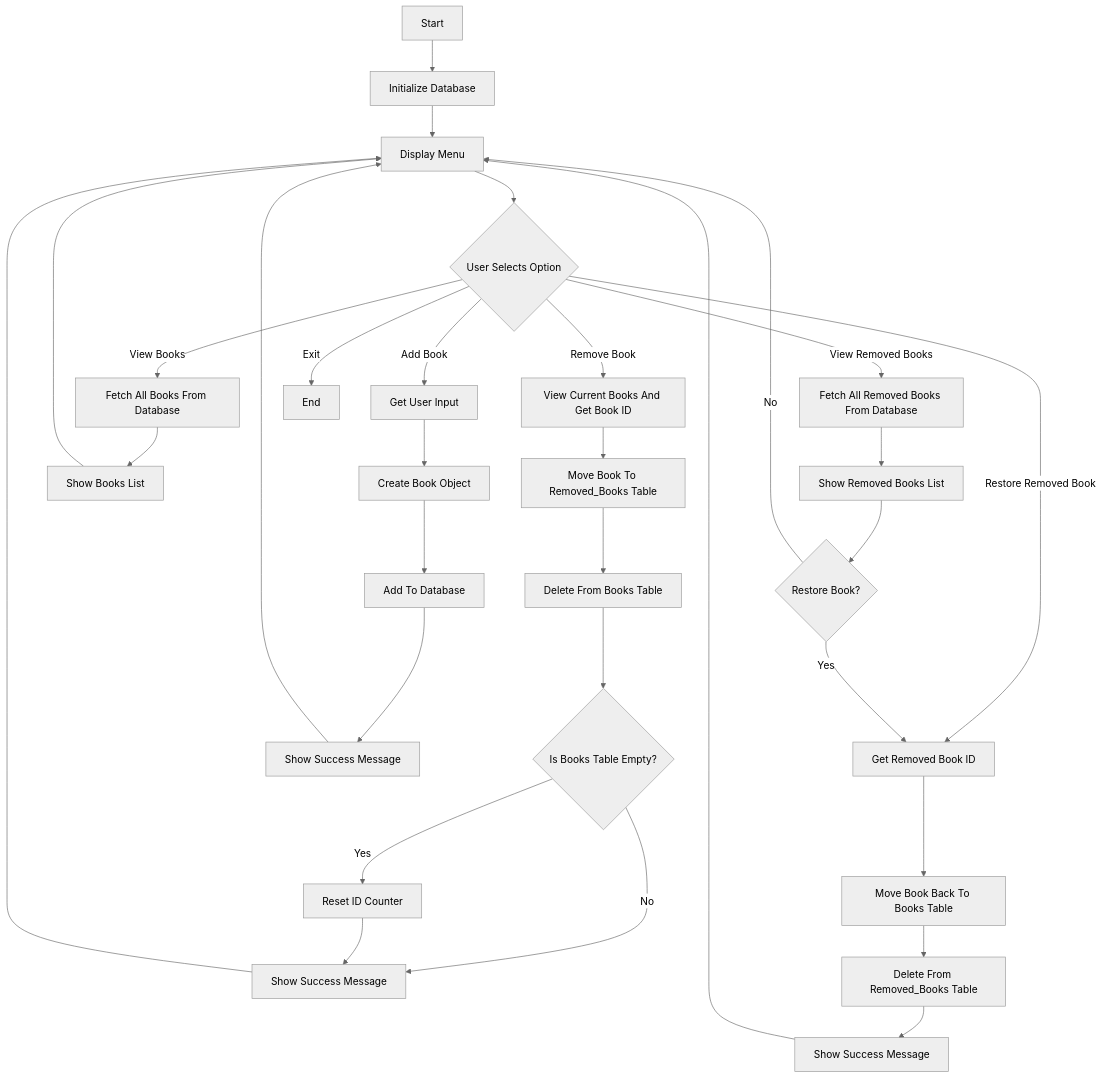
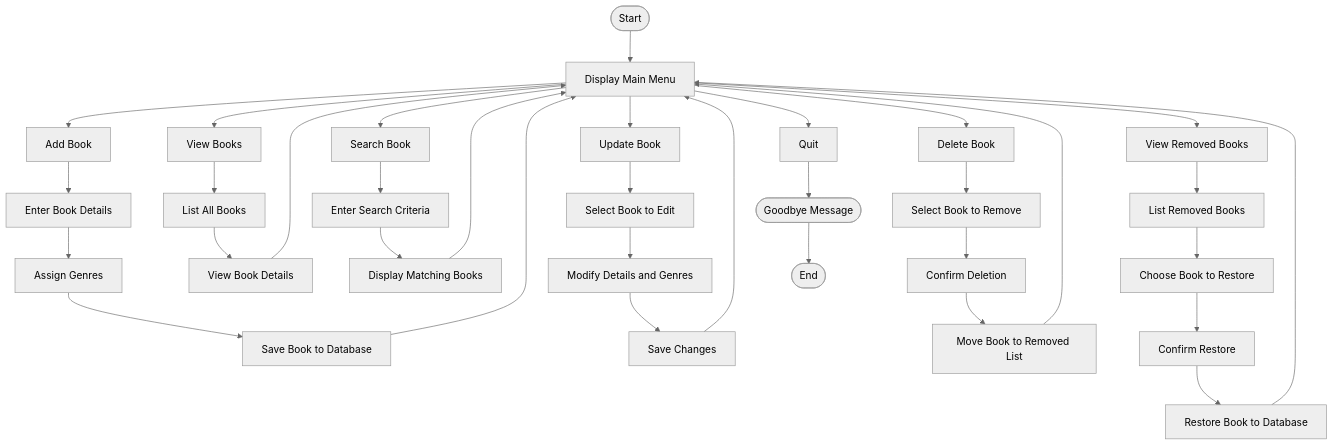
Before and after one commit to luckysaintmolotov/book-tracker-app: the first of 3 diagrams in Book Tracker App Documentation.md, drawn with Mermaid (neutral theme). The commit also changed other lines of this file, not shown here.

Commit message:
fix: updated the Documentation file to include new diagrams and flowcharts

````diff
--- a/Book Tracker App Documentation.md
+++ b/Book Tracker App Documentation.md
@@ -32,38 +2,50 @@
 ```mermaid
-graph TD
-    A[Start] --> B[Initialize Database]
-    B --> C[Display Menu]
-    C --> D{User Selects Option}
-    D -->|Add Book| E[Get User Input]
-    D -->|View Books| F[Fetch All Books From Database]
-    D -->|Remove Book| G[View Current Books And Get Book ID]
-    D -->|View Removed Books| H[Fetch All Removed Books From Database]
-    D -->|Restore Removed Book| I[Get Removed Book ID]
-    D -->|Exit| J[End]
+flowchart TD
+    Start([Start]) --> Menu[Display Main Menu]
 
-    E --> K[Create Book Object]
-    K --> L[Add To Database]
-    L --> M[Show Success Message]
-    M --> C
+    %% Add Book branch
+    Menu --> Add[Add Book]
+    Add --> EnterDetails[Enter Book Details]
+    EnterDetails --> AssignGenres[Assign Genres]
+    AssignGenres --> SaveBook[Save Book to Database]
+    SaveBook --> Menu
 
-    F --> N[Show Books List]
-    N --> C
+    %% View Books branch
+    Menu --> View[View Books]
+    View --> ListBooks[List All Books]
+    ListBooks --> ViewDetails[View Book Details]
+    ViewDetails --> Menu
 
-    G --> O[Move Book To Removed_Books Table]
-    O --> P[Delete From Books Table]
-    P --> Q{Is Books Table Empty?}
-    Q -->|Yes| R[Reset ID Counter]
-    Q -->|No| S[Show Success Message]
-    S --> C
-    R --> S
+    %% Search Book branch
+    Menu --> Search[Search Book]
+    Search --> EnterSearch[Enter Search Criteria]
+    EnterSearch --> ShowResults[Display Matching Books]
+    ShowResults --> Menu
 
-    H --> T[Show Removed Books List]
-    T --> U{Restore Book?}
-    U -->|Yes| I
-    U -->|No| C
+    %% Update Book branch
+    Menu --> Update[Update Book]
+    Update --> SelectEdit[Select Book to Edit]
+    SelectEdit --> Modify[Modify Details and Genres]
+    Modify --> SaveChanges[Save Changes]
+    SaveChanges --> Menu
 
-    I --> V[Move Book Back To Books Table]
-    V --> W[Delete From Removed_Books Table]
-    W --> X[Show Success Message]
-    X --> C
+    %% Delete Book branch
+    Menu --> Delete[Delete Book]
+    Delete --> SelectDelete[Select Book to Remove]
+    SelectDelete --> ConfirmDelete[Confirm Deletion]
+    ConfirmDelete --> MoveRemoved[Move Book to Removed List]
+    MoveRemoved --> Menu
+
+    %% View Removed Books branch
+    Menu --> Removed[View Removed Books]
+    Removed --> ListRemoved[List Removed Books]
+    ListRemoved --> ChooseRestore[Choose Book to Restore]
+    ChooseRestore --> ConfirmRestore[Confirm Restore]
+    ConfirmRestore --> Restore[Restore Book to Database]
+    Restore --> Menu
+
+    %% Quit branch
+    Menu --> Quit[Quit]
+    Quit --> Goodbye([Goodbye Message])
+    Goodbye --> End([End])
 ```
````
